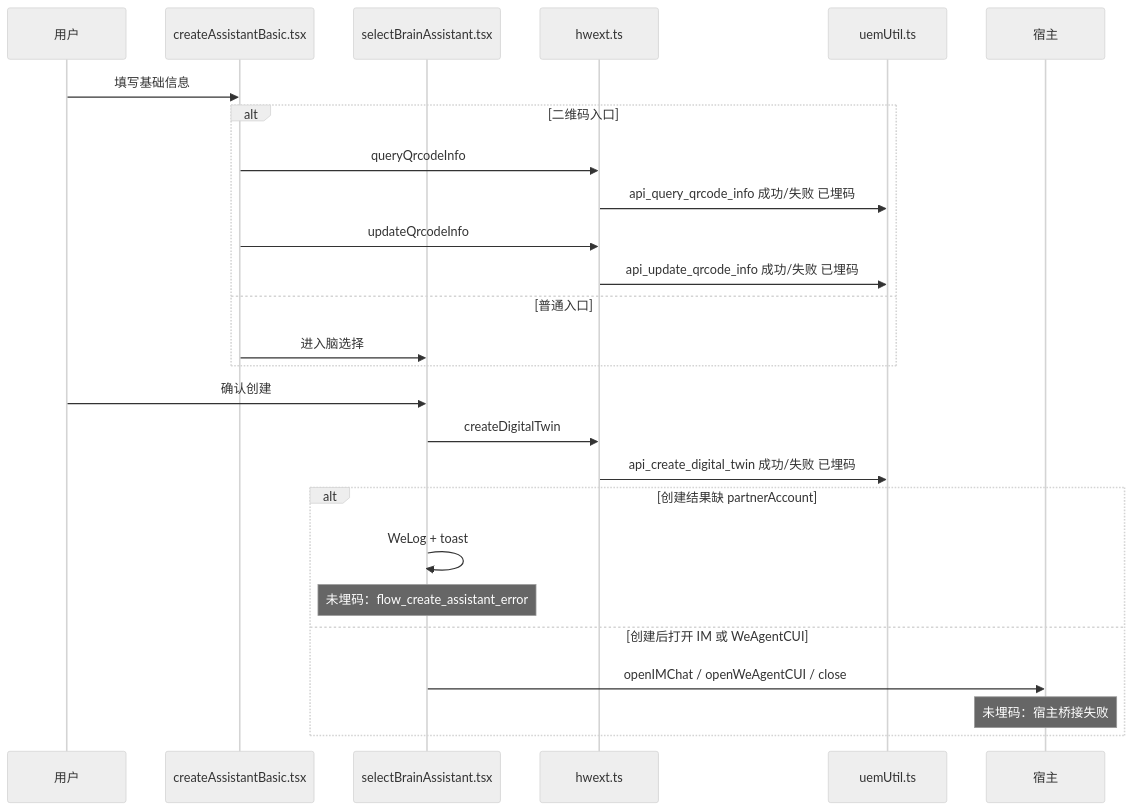
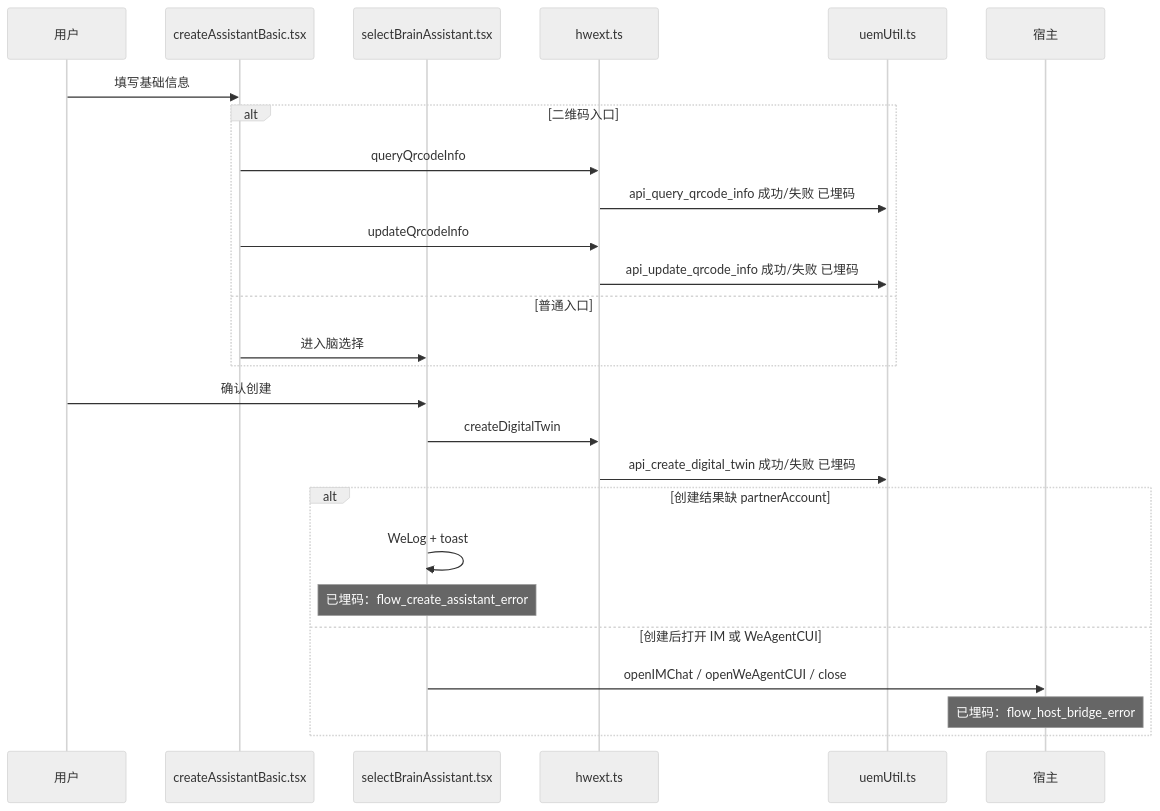
Before and after one commit to Abelsjcheng/skillSDK: the fourth of 5 diagrams in ai-chat-viewer/docs/plans/2026-06-11-ai-chat-viewer-telemetry-inventory-plan.md, drawn with Mermaid (neutral theme). The commit also changed other lines of this file and 12 other files, not shown here.

Commit message:
feat: add core flow error telemetry

````diff
--- a/ai-chat-viewer/docs/plans/2026-06-11-ai-chat-viewer-telemetry-inventory-plan.md
+++ b/ai-chat-viewer/docs/plans/2026-06-11-ai-chat-viewer-telemetry-inventory-plan.md
@@ -126,29 +126,29 @@
 ```mermaid
 sequenceDiagram
     participant User as 用户
     participant Basic as createAssistantBasic.tsx
     participant Brain as selectBrainAssistant.tsx
     participant SDK as hwext.ts
     participant Uem as uemUtil.ts
     participant Host as 宿主
 
     User->>Basic: 填写基础信息
     alt 二维码入口
         Basic->>SDK: queryQrcodeInfo
         SDK->>Uem: api_query_qrcode_info 成功/失败 已埋码
         Basic->>SDK: updateQrcodeInfo
         SDK->>Uem: api_update_qrcode_info 成功/失败 已埋码
     else 普通入口
         Basic->>Brain: 进入脑选择
     end
     User->>Brain: 确认创建
     Brain->>SDK: createDigitalTwin
     SDK->>Uem: api_create_digital_twin 成功/失败 已埋码
     alt 创建结果缺 partnerAccount
         Brain->>Brain: WeLog + toast
-        Note over Brain: 未埋码：flow_create_assistant_error
+        Note over Brain: 已埋码：flow_create_assistant_error
     else 创建后打开 IM 或 WeAgentCUI
         Brain->>Host: openIMChat / openWeAgentCUI / close
-        Note over Host: 未埋码：宿主桥接失败
+        Note over Host: 已埋码：flow_host_bridge_error
     end
 ```
````
